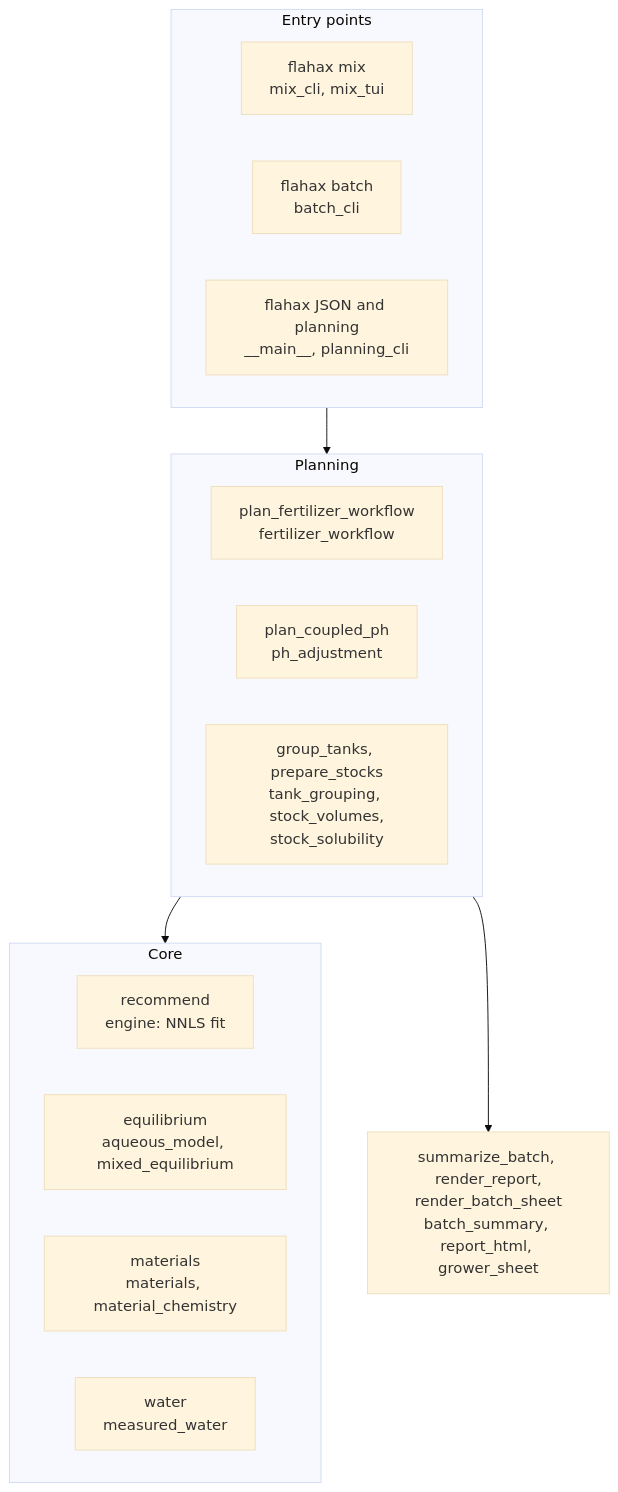
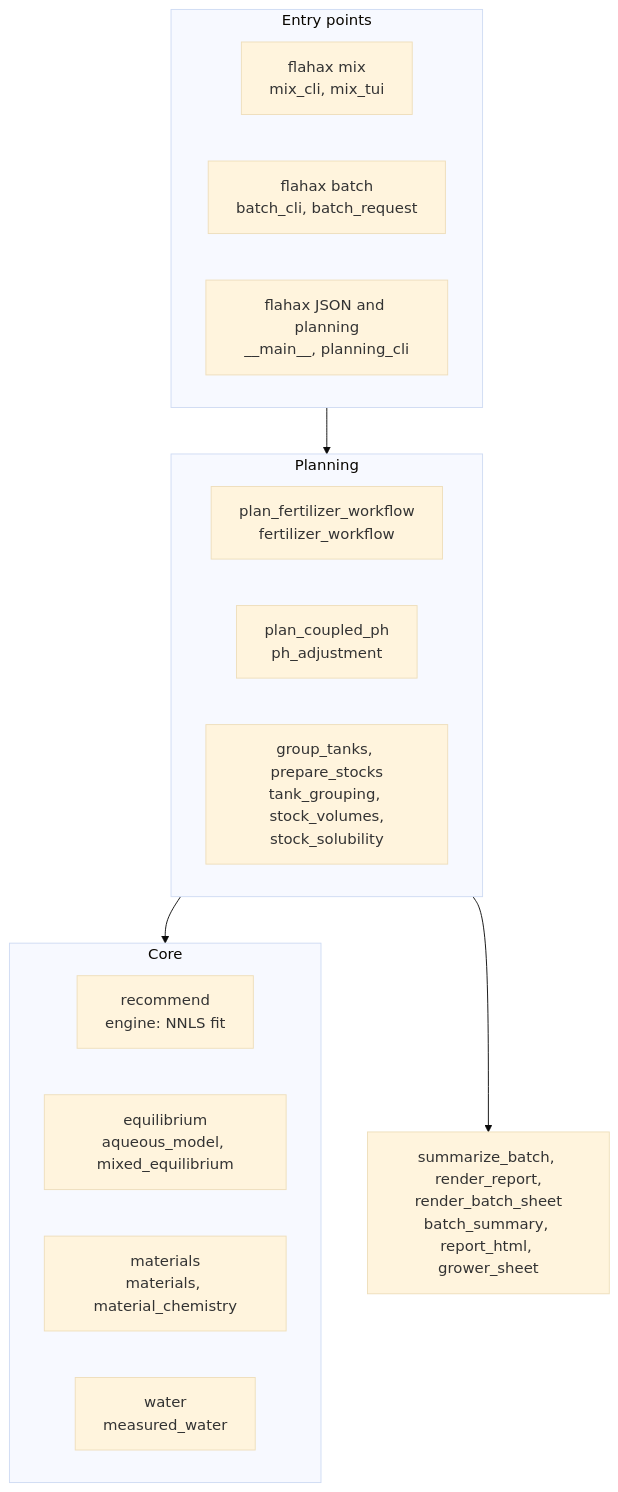
The diagram in docs/site/developer/index.md (rafatahmed/Flahax), drawn with Mermaid (base theme) before and after one commit. The commit also changed 32 other files, not shown here.

First line of the commit message:
refactor: move run_batch and the water, acid and range handling out of batch_cli

````diff
--- a/docs/site/developer/index.md
+++ b/docs/site/developer/index.md
@@ -7,26 +7,26 @@
 ```{mermaid}
 ---
 caption: How the package fits together
 ---
 flowchart TB
     subgraph entry[Entry points]
         CLI1[flahax mix<br/>mix_cli, mix_tui]
-        CLI2[flahax batch<br/>batch_cli]
+        CLI2[flahax batch<br/>batch_cli, batch_request]
         CLI3[flahax JSON and planning<br/>__main__, planning_cli]
     end
     subgraph plan[Planning]
         WF[plan_fertilizer_workflow<br/>fertilizer_workflow]
         PH[plan_coupled_ph<br/>ph_adjustment]
         TK[group_tanks, prepare_stocks<br/>tank_grouping, stock_volumes,<br/>stock_solubility]
     end
     subgraph core[Core]
         EN[recommend<br/>engine: NNLS fit]
         EQ[equilibrium<br/>aqueous_model, mixed_equilibrium]
         MA[materials<br/>materials, material_chemistry]
         WA[water<br/>measured_water]
     end
     OUT[summarize_batch, render_report,<br/>render_batch_sheet<br/>batch_summary, report_html, grower_sheet]
     entry --> plan
     plan --> core
     plan --> OUT
 ```
````
